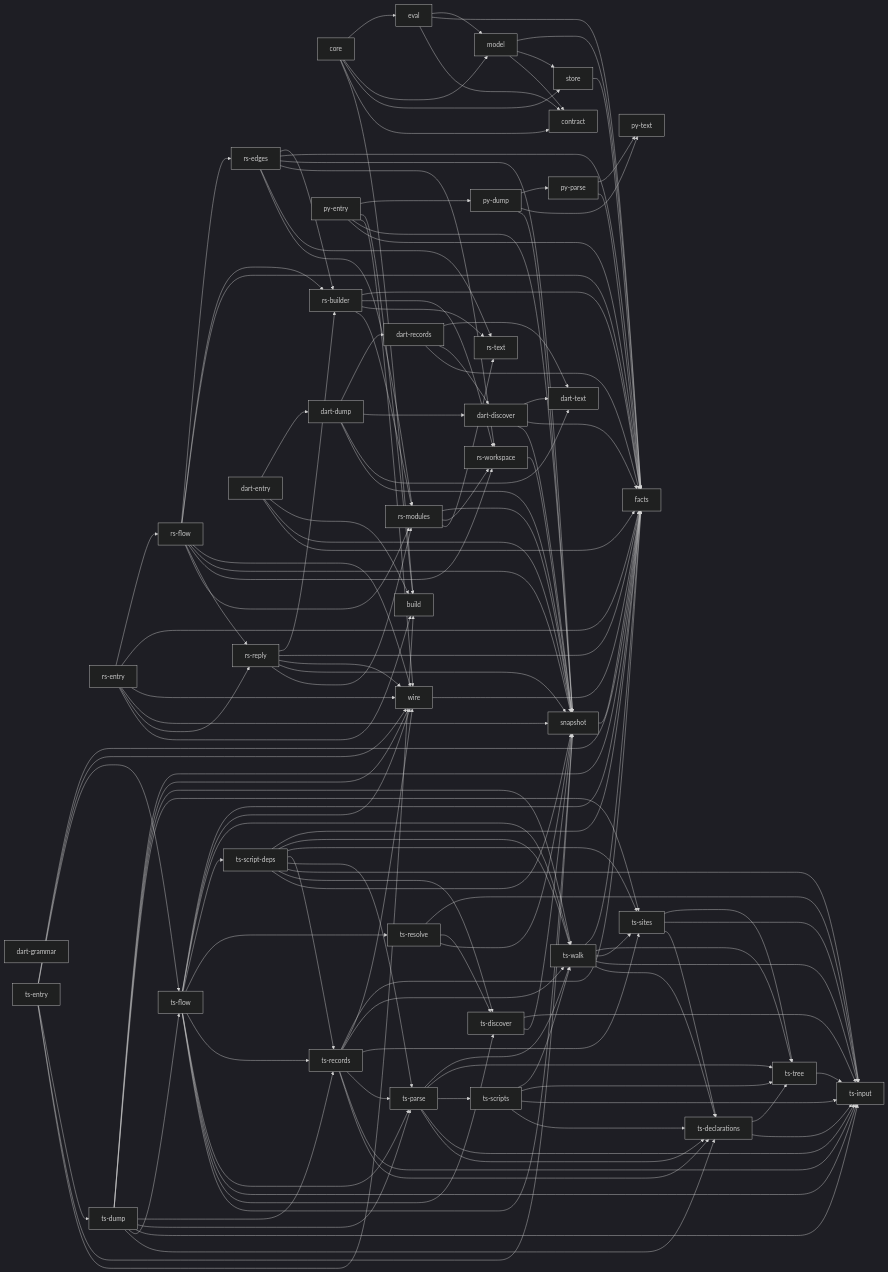
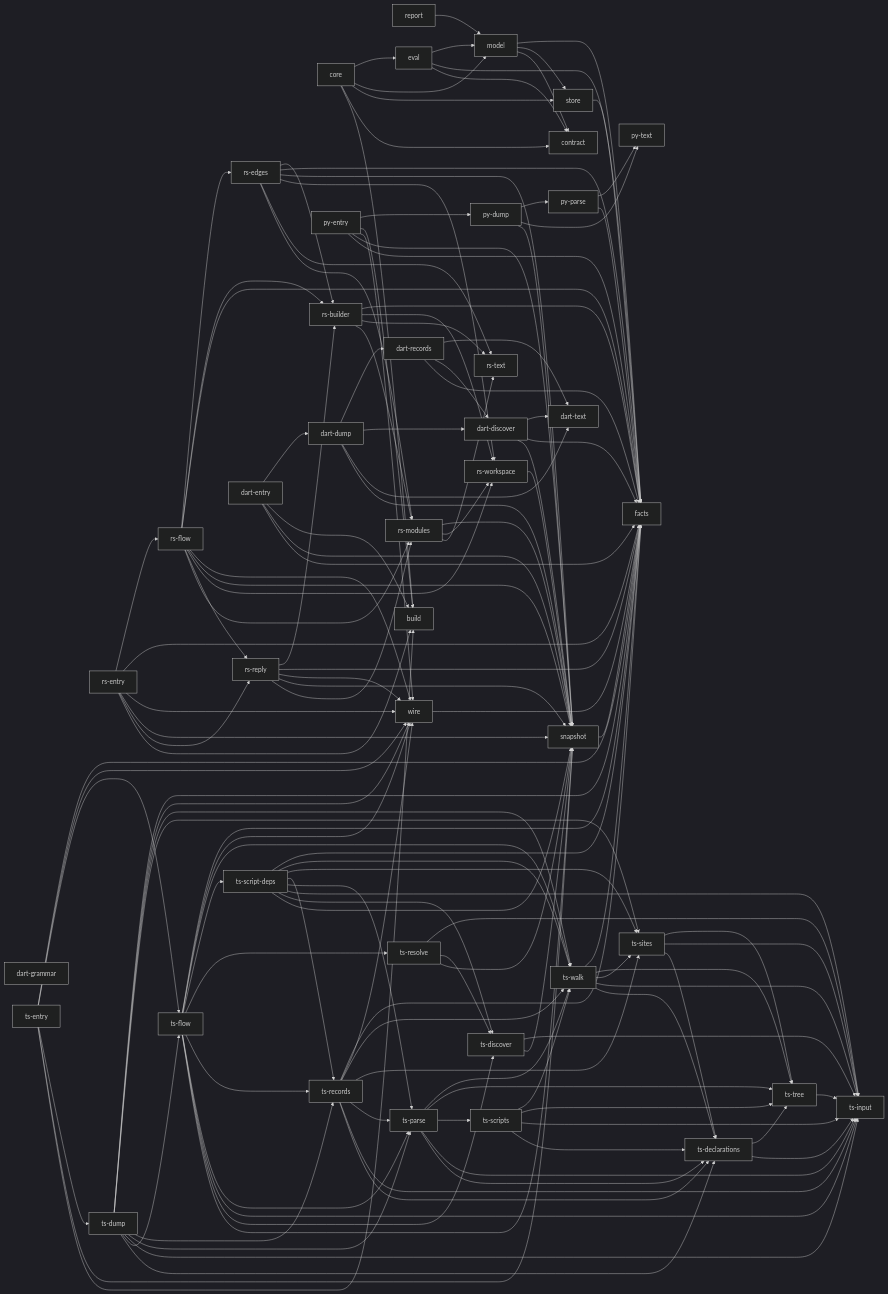
Before and after one commit to rapiddweller/archkeel: the diagram in docs/architecture/native.md, drawn with Mermaid (dark theme). The commit also changed other lines of this file and 57 other files, not shown here.

````diff
--- a/docs/architecture/native.md
+++ b/docs/architecture/native.md
@@ -76,5 +77,7 @@
 ```mermaid
 flowchart LR
+    n_41["report"]
+    n_41 --> n_5
     n_0["build"]
     n_1["contract"]
     n_2["core"]
````
